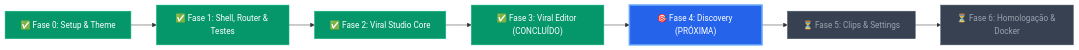
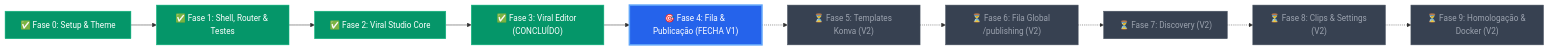
Before and after one commit to luis-henrique-carvalho/viralforge: the diagram in docs/plano-migracao-frontend.md, drawn with Mermaid. The commit also changed other lines of this file and 9 other files, not shown here.

````diff
--- a/docs/plano-migracao-frontend.md
+++ b/docs/plano-migracao-frontend.md
@@ -218,17 +218,20 @@
 ```mermaid
 flowchart LR
     Fase0["✅ Fase 0: Setup & Theme"] --> Fase1["✅ Fase 1: Shell, Router & Testes"]
     Fase1 --> Fase2["✅ Fase 2: Viral Studio Core"]
     Fase2 --> Fase3["✅ Fase 3: Viral Editor (CONCLUÍDO)"]
-    Fase3 --> Fase4["🎯 Fase 4: Discovery (PRÓXIMA)"]
-    Fase4 --> Fase5["⏳ Fase 5: Clips & Settings"]
-    Fase5 --> Fase6["⏳ Fase 6: Homologação & Docker"]
+    Fase3 --> Fase4["🎯 Fase 4: Fila & Publicação (FECHA V1)"]
+    Fase4 -.-> Fase5["⏳ Fase 5: Templates Konva (V2)"]
+    Fase5 -.-> Fase6["⏳ Fase 6: Fila Global /publishing (V2)"]
+    Fase6 -.-> Fase7["⏳ Fase 7: Discovery (V2)"]
+    Fase7 -.-> Fase8["⏳ Fase 8: Clips & Settings (V2)"]
+    Fase8 -.-> Fase9["⏳ Fase 9: Homologação & Docker (V2)"]
 
     classDef completed fill:#059669,stroke:#10b981,color:#ffffff;
     classDef current fill:#2563eb,stroke:#60a5fa,color:#ffffff,stroke-width:3px;
     classDef pending fill:#374151,stroke:#4b5563,color:#9ca3af;
 
     class Fase0,Fase1,Fase2,Fase3 completed;
     class Fase4 current;
-    class Fase5,Fase6 pending;
+    class Fase5,Fase6,Fase7,Fase8,Fase9 pending;
 ```
````
